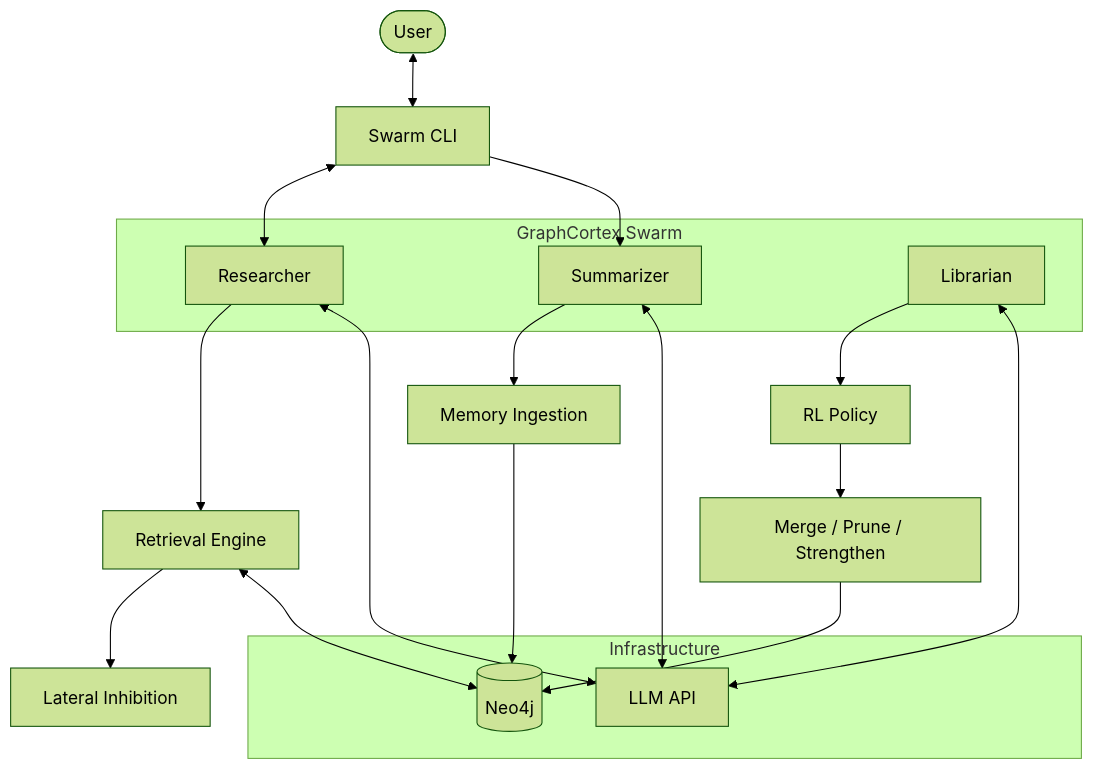
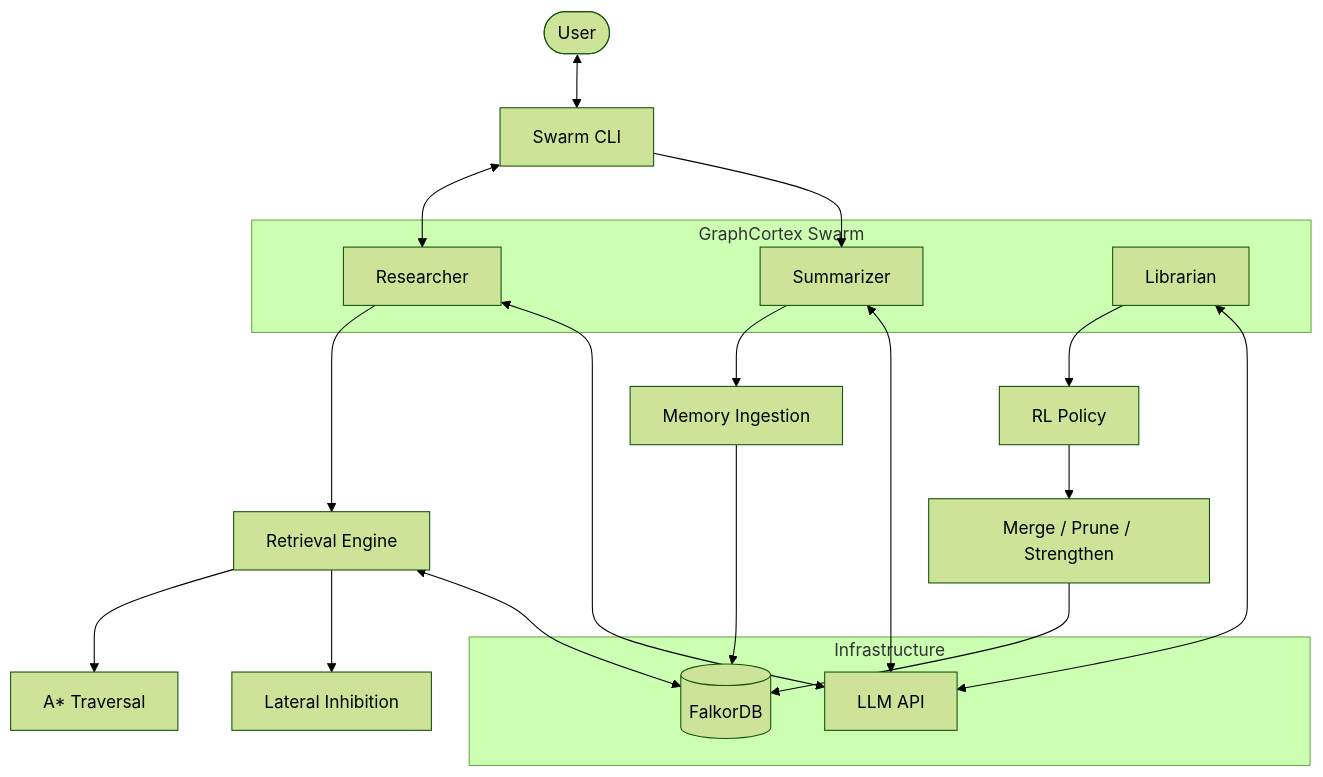
Before and after one commit to anonimity69/GraphCortex: the first of 2 diagrams in README.md, drawn with Mermaid (forest theme). The commit also changed other lines of this file and 25 other files, not shown here.

Commit message:
refactor: migrate database infrastructure from Neo4j to FalkorDB and implement A* retrieval engine

````diff
--- a/README.md
+++ b/README.md
@@ -50,32 +50,33 @@
 ```mermaid
 graph TD
     User([User]) <--> CLI[Swarm CLI]
     
     subgraph Swarm[GraphCortex Swarm]
         Researcher[Researcher]
         Summarizer[Summarizer]
         Librarian[Librarian]
     end
     
     CLI <--> Researcher
     Researcher --> RetrievalEngine[Retrieval Engine]
+    RetrievalEngine --> AStar[A* Traversal]
     RetrievalEngine --> Inhibition[Lateral Inhibition]
     
     CLI --> Summarizer
     Summarizer --> Ingestion[Memory Ingestion]
     
     Librarian --> RL[RL Policy]
     RL --> GraphOps[Merge / Prune / Strengthen]
     
     subgraph Infra[Infrastructure]
-        Neo4j[(Neo4j)]
+        FalkorDB[(FalkorDB)]
         LLM[LLM API]
     end
     
-    RetrievalEngine <--> Neo4j
-    Ingestion --> Neo4j
-    GraphOps --> Neo4j
+    RetrievalEngine <--> FalkorDB
+    Ingestion --> FalkorDB
+    GraphOps --> FalkorDB
     Researcher <--> LLM
     Summarizer <--> LLM
     Librarian <--> LLM
 ```
````
